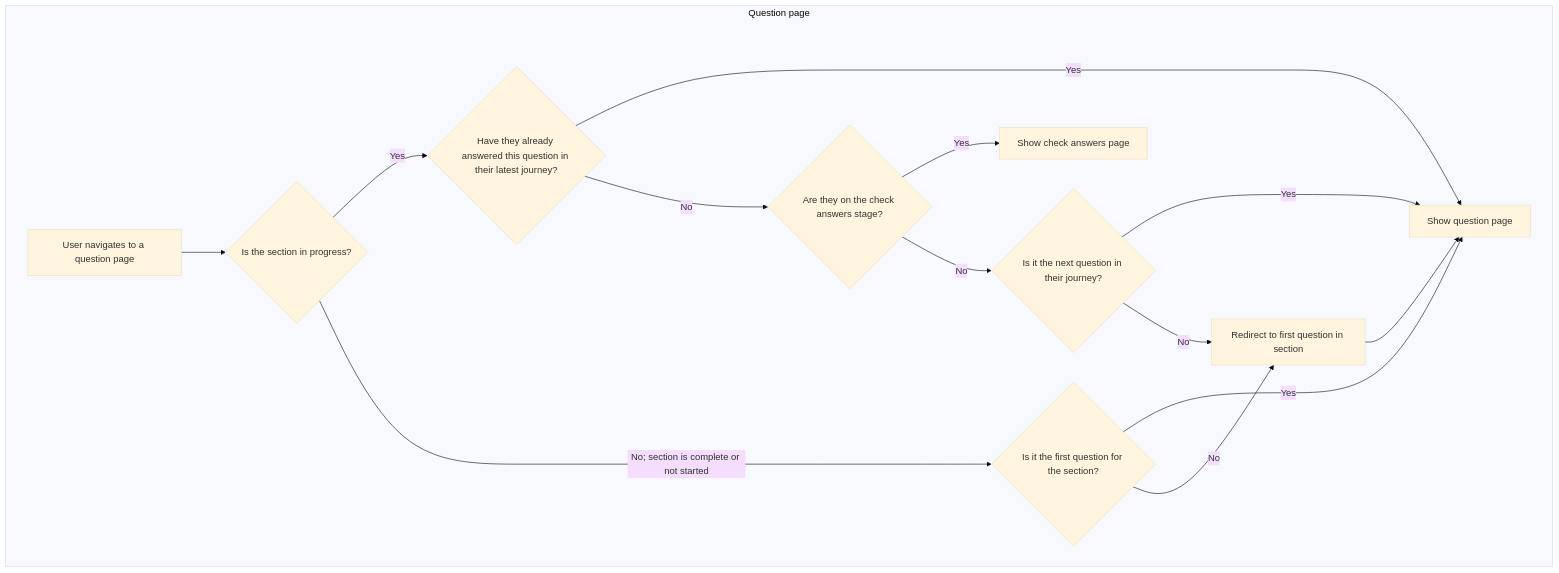
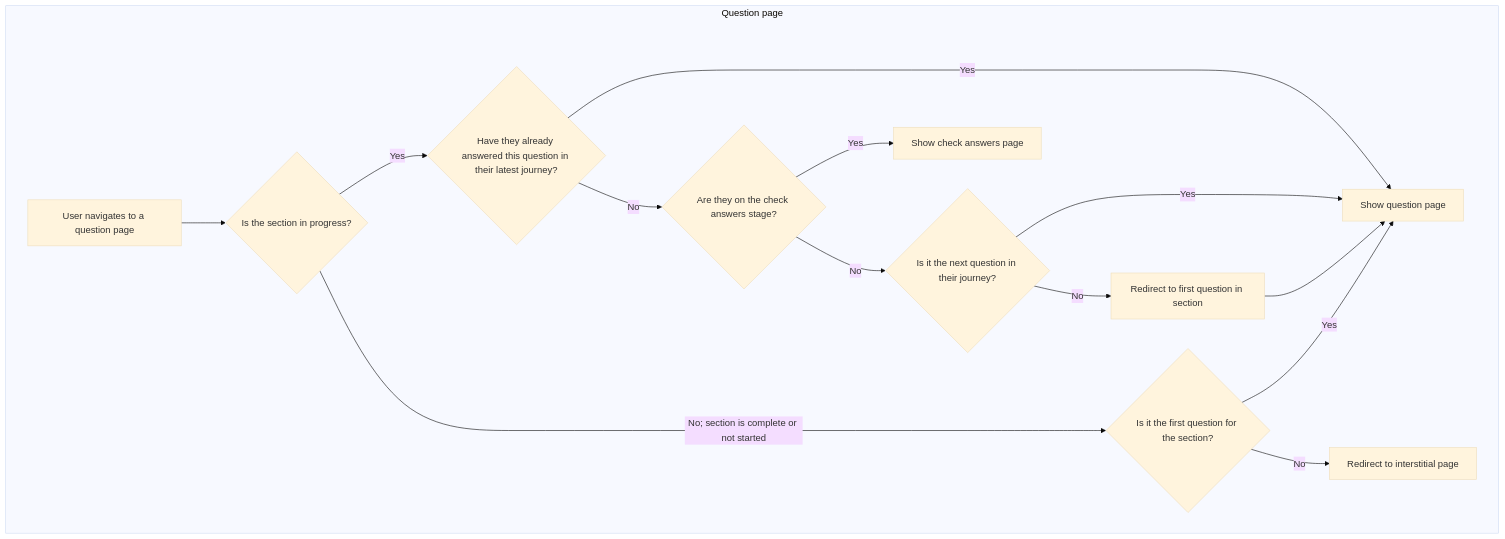
Before and after one commit to DFE-Digital/sts-plan-technology-for-your-school: the fourth of 4 diagrams in docs/Routers.md, drawn with Mermaid (base theme). The commit also changed other lines of this file, not shown here.

````diff
--- a/docs/Routers.md
+++ b/docs/Routers.md
@@ -79,17 +60,17 @@
 ```mermaid
 graph TD
     subgraph Question page
         A[User navigates to a question page] --> B{Is the section in progress?}
         B -- Yes --> C{Have they already answered this question in their latest journey?}
         C -- Yes --> D[Show question page]
         C -- No --> E{Are they on the check answers stage?}
         E -- Yes --> I[Show check answers page]
         E -- No --> J{Is it the next question in their journey?}
         J -- Yes --> D
-        J -- No --> H
+        J -- No --> H[Redirect to first question in section]
         B -- No; section is complete or not started --> G{Is it the first question for the section?}
         G -- Yes --> D
-        G -- No --> H[Redirect to first question in section]
+        G -- No --> K[Redirect to interstitial page]
         H --> D
     end
 ```
````
